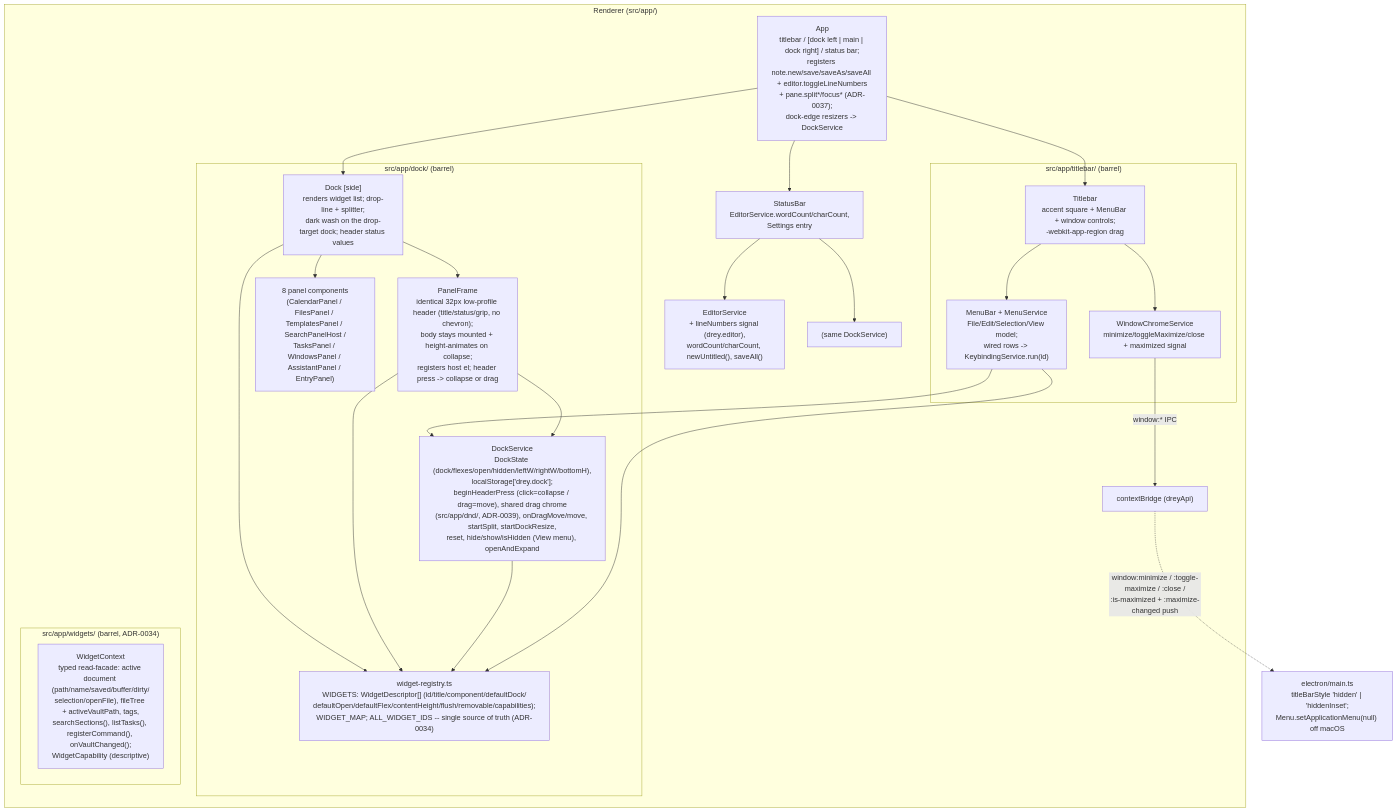
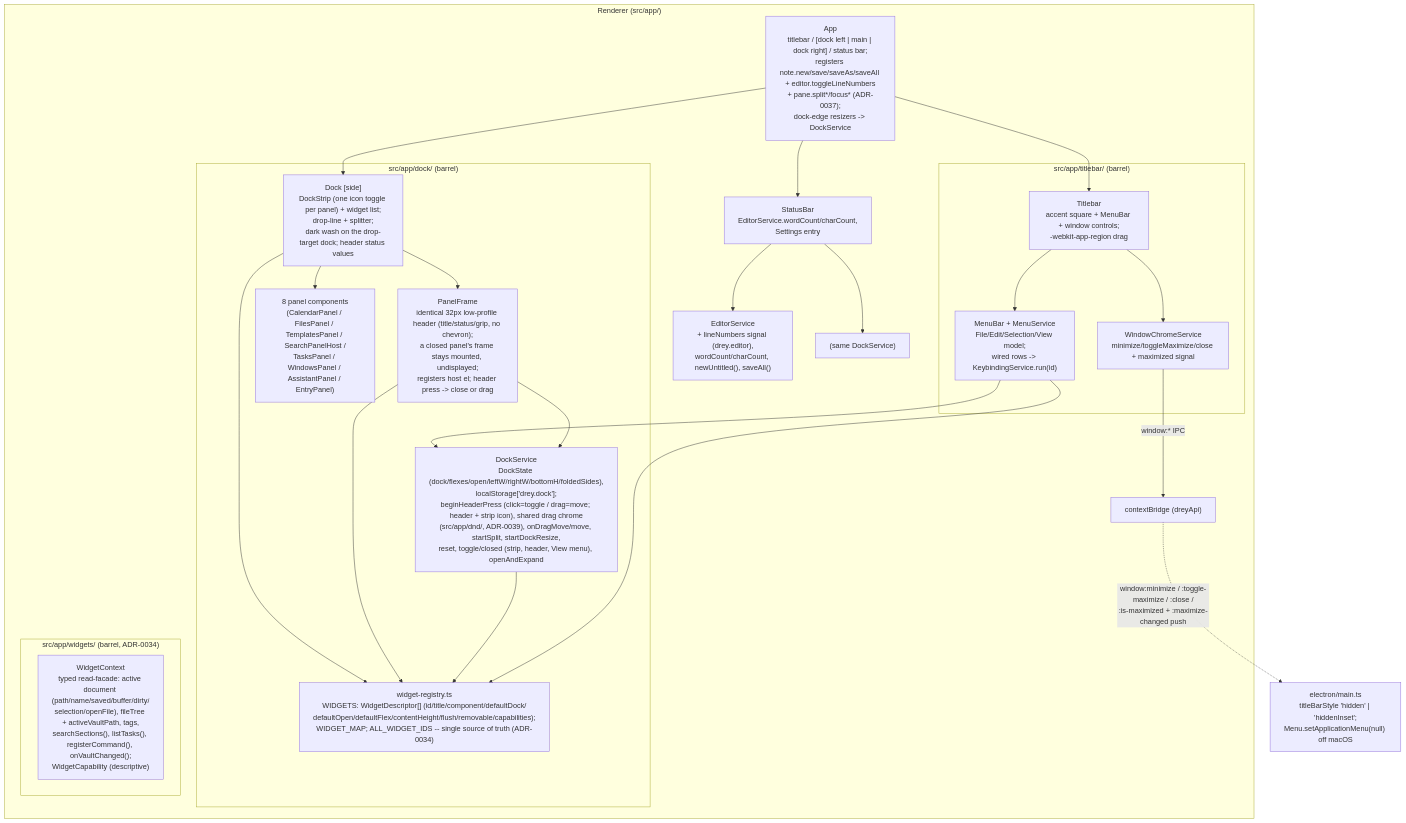
One commit to HenrikPuls/Drey changed the fourth of 4 diagrams in docs/05_building_block_view.md. Above: the diagram before and after it, drawn with Mermaid. The commit also changed other lines of this file and 41 other files, not shown here.

````diff
--- a/docs/05_building_block_view.md
+++ b/docs/05_building_block_view.md
@@ -1722,42 +1723,42 @@
 ```mermaid
 graph TB
     subgraph Renderer["Renderer (src/app/)"]
         App["App<br/>titlebar / [dock left | main | dock right] / status bar;<br/>registers note.new/save/saveAs/saveAll + editor.toggleLineNumbers<br/>+ pane.split*/focus* (ADR-0037);<br/>dock-edge resizers -> DockService"]
         subgraph tb["src/app/titlebar/ (barrel)"]
             Titlebar["Titlebar<br/>accent square + MenuBar + window controls;<br/>-webkit-app-region drag"]
             MenuBar["MenuBar + MenuService<br/>File/Edit/Selection/View model;<br/>wired rows -> KeybindingService.run(id)"]
             WindowChrome["WindowChromeService<br/>minimize/toggleMaximize/close + maximized signal"]
         end
         subgraph dk["src/app/dock/ (barrel)"]
-            DockService["DockService<br/>DockState (dock/flexes/open/hidden/leftW/rightW/bottomH),<br/>localStorage['drey.dock'];<br/>beginHeaderPress (click=collapse / drag=move), shared drag chrome<br/>(src/app/dnd/, ADR-0039), onDragMove/move, startSplit, startDockResize,<br/>reset, hide/show/isHidden (View menu), openAndExpand"]
-            Dock["Dock [side]<br/>renders widget list; drop-line + splitter;<br/>dark wash on the drop-target dock; header status values"]
-            PanelFrame["PanelFrame<br/>identical 32px low-profile header (title/status/grip, no chevron);<br/>body stays mounted + height-animates on collapse;<br/>registers host el; header press -> collapse or drag"]
+            DockService["DockService<br/>DockState (dock/flexes/open/leftW/rightW/bottomH/foldedSides),<br/>localStorage['drey.dock'];<br/>beginHeaderPress (click=toggle / drag=move; header + strip icon), shared drag chrome<br/>(src/app/dnd/, ADR-0039), onDragMove/move, startSplit, startDockResize,<br/>reset, toggle/closed (strip, header, View menu), openAndExpand"]
+            Dock["Dock [side]<br/>DockStrip (one icon toggle per panel) + widget list;<br/>drop-line + splitter;<br/>dark wash on the drop-target dock; header status values"]
+            PanelFrame["PanelFrame<br/>identical 32px low-profile header (title/status/grip, no chevron);<br/>a closed panel's frame stays mounted, undisplayed;<br/>registers host el; header press -> close or drag"]
             WidgetRegistry["widget-registry.ts<br/>WIDGETS: WidgetDescriptor[] (id/title/component/defaultDock/<br/>defaultOpen/defaultFlex/contentHeight/flush/removable/capabilities);<br/>WIDGET_MAP; ALL_WIDGET_IDS -- single source of truth (ADR-0034)"]
             Panels["8 panel components<br/>(CalendarPanel / FilesPanel / TemplatesPanel / SearchPanelHost /<br/>TasksPanel / WindowsPanel / AssistantPanel / EntryPanel)"]
         end
         subgraph wg["src/app/widgets/ (barrel, ADR-0034)"]
             WidgetContext["WidgetContext<br/>typed read-facade: active document (path/name/saved/buffer/dirty/<br/>selection/openFile), fileTree + activeVaultPath, tags,<br/>searchSections(), listTasks(), registerCommand(), onVaultChanged();<br/>WidgetCapability (descriptive)"]
         end
         StatusBar["StatusBar<br/>EditorService.wordCount/charCount,<br/>Settings entry"]
         EditorService2["EditorService<br/>+ lineNumbers signal (drey.editor),<br/>wordCount/charCount, newUntitled(), saveAll()"]
         DockService2["(same DockService)"]
         App --> Titlebar
         App --> Dock
         App --> StatusBar
         Titlebar --> MenuBar
         Titlebar --> WindowChrome
         MenuBar --> DockService
         Dock --> PanelFrame
         Dock --> Panels
         Dock --> WidgetRegistry
         PanelFrame --> WidgetRegistry
         DockService --> WidgetRegistry
         MenuBar --> WidgetRegistry
         PanelFrame --> DockService
         StatusBar --> DockService2
         StatusBar --> EditorService2
         WindowChrome -->|"window:* IPC"| Bridge3
     end
     Bridge3["contextBridge (dreyApi)"]
     Bridge3 -.->|"window:minimize / :toggle-maximize / :close /<br/>:is-maximized + :maximize-changed push"| MainProc["electron/main.ts<br/>titleBarStyle 'hidden' | 'hiddenInset';<br/>Menu.setApplicationMenu(null) off macOS"]
 ```
````
